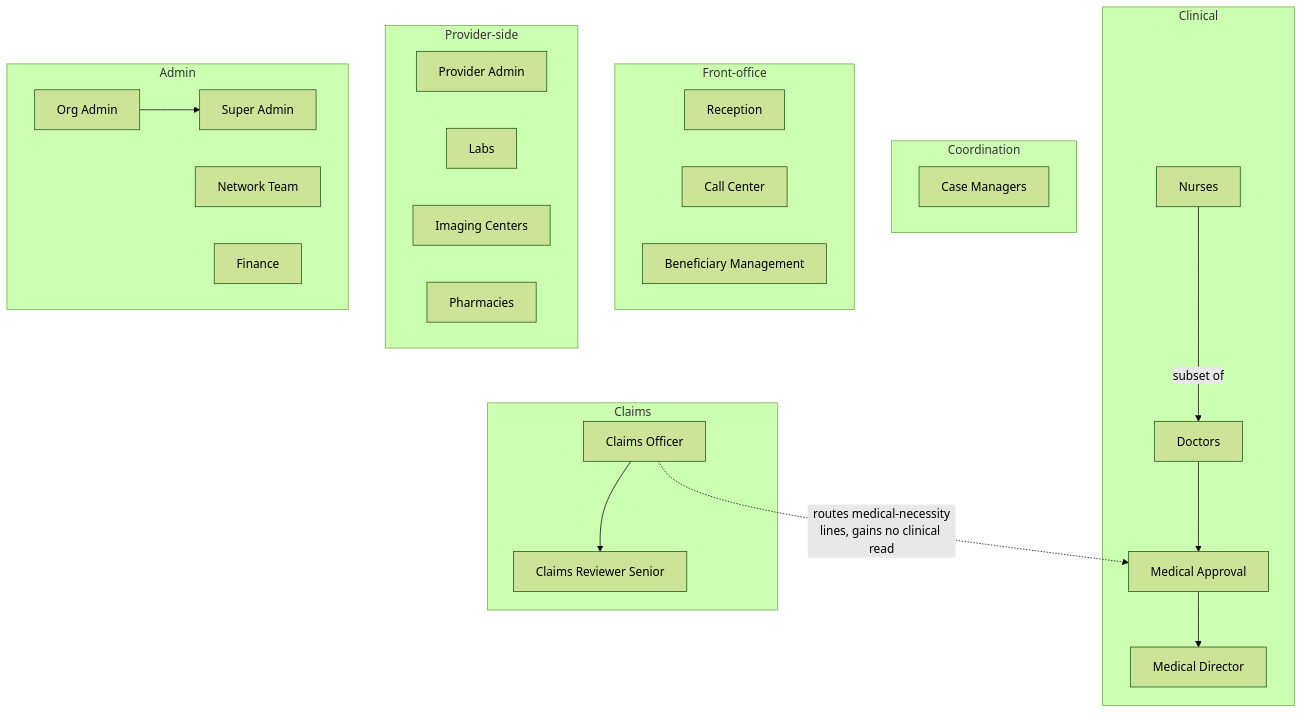
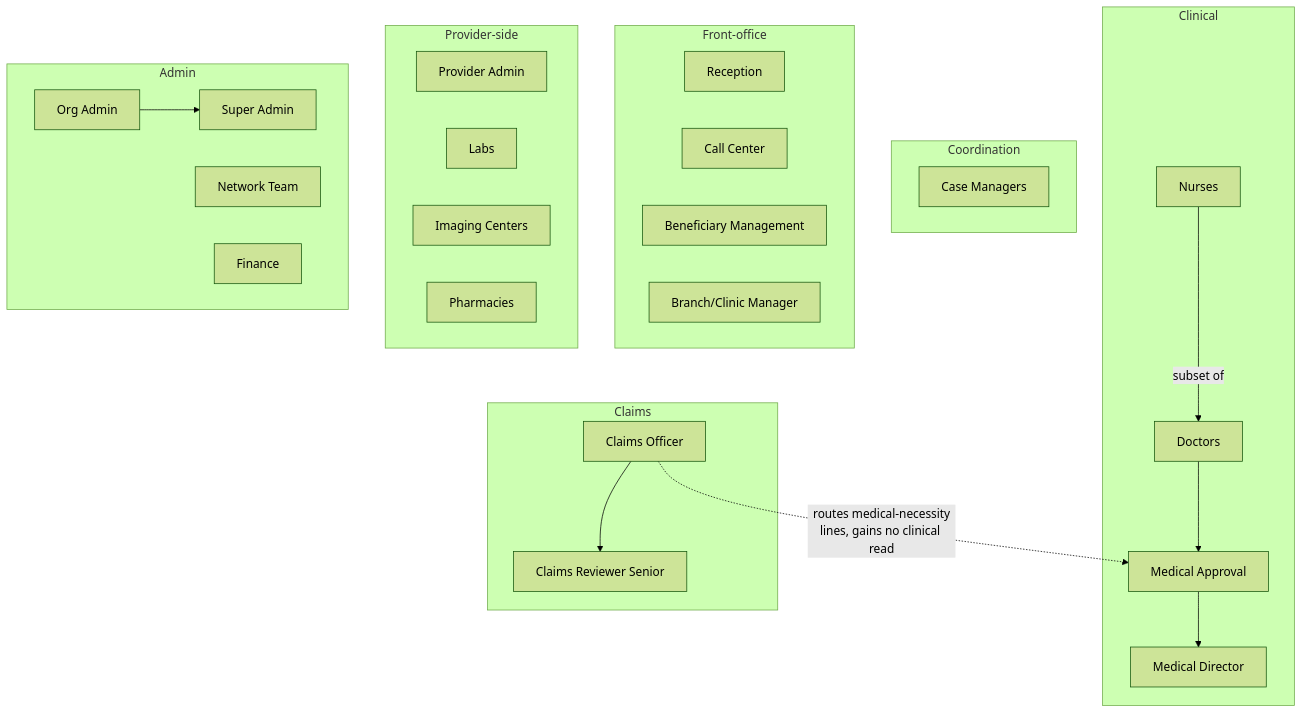
The diagram in HBMP-Design/10-role-matrix.md (MohabFikry/HBMP), drawn with Mermaid (forest theme) before and after one commit. The commit also changed other lines of this file and 19 other files, not shown here.

````diff
--- a/HBMP-Design/10-role-matrix.md
+++ b/HBMP-Design/10-role-matrix.md
@@ -233,31 +294,32 @@
 ```mermaid
 graph TD
     subgraph Clinical
         NUR[Nurses] -->|subset of| DOC[Doctors]
         DOC --> APPR[Medical Approval]
         APPR --> MD[Medical Director]
     end
     subgraph Coordination
         CM[Case Managers]
     end
     subgraph Front-office
         REC[Reception]
         CC[Call Center]
         BM[Beneficiary Management]
+        BRM[Branch/Clinic Manager]
     end
     subgraph Provider-side
         PADM[Provider Admin]
         LAB[Labs]
         IMG[Imaging Centers]
         PH[Pharmacies]
     end
     subgraph Admin
         ORG[Org Admin] --> SUPER[Super Admin]
         NET[Network Team]
         FIN[Finance]
     end
     subgraph Claims
         CLMO[Claims Officer] --> CLMR[Claims Reviewer Senior]
     end
     CLMO -.->|routes medical-necessity<br/>lines, gains no clinical read| APPR
 ```
````
